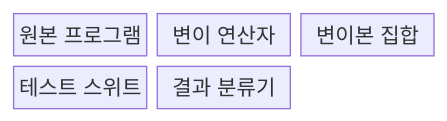
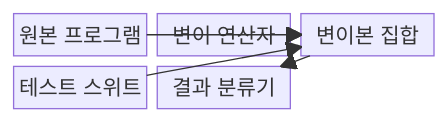
The first of 2 diagrams in src/content/docs/notes/03-software/061_mutation_testing.md (agnusdei1207/knowledge-base), drawn with Mermaid before and after one commit. The commit also changed other lines of this file and 20 other files, not shown here.

````diff
--- a/src/content/docs/notes/03-software/061_mutation_testing.md
+++ b/src/content/docs/notes/03-software/061_mutation_testing.md
@@ -57,9 +58,13 @@
 ```mermaid
-block-beta
+block
   columns 3
   O["원본 프로그램"]
   P["변이 연산자"]
   U["변이본 집합"]
   T["테스트 스위트"]
   C["결과 분류기"]
+  O --> U
+  P --> U
+  T --> U
+  U --> C
 ```
````
